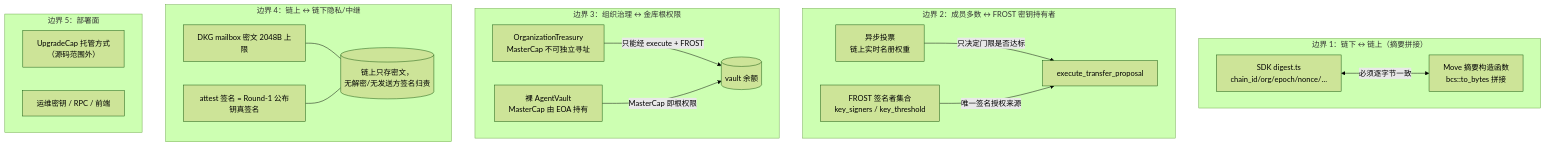
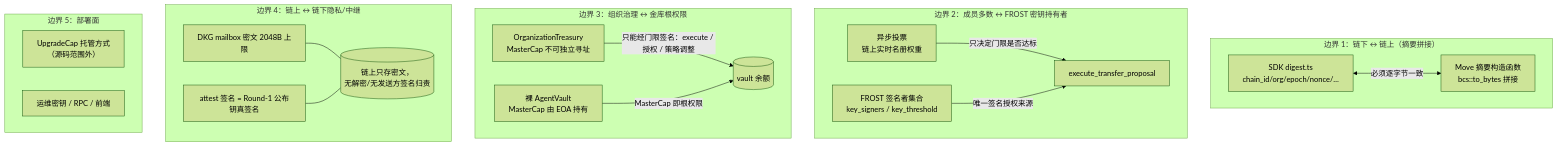
One commit to Euraxluo/multisig changed the second of 2 diagrams in docs/SECURITY_REVIEW.md. Above: the diagram before and after it, drawn with Mermaid (forest theme). The commit also changed other lines of this file and 5 other files, not shown here.

````diff
--- a/docs/SECURITY_REVIEW.md
+++ b/docs/SECURITY_REVIEW.md
@@ -104,35 +105,35 @@
 ```mermaid
 flowchart TB
     subgraph TB1["边界 1：链下 ↔ 链上（摘要拼接）"]
         SDK["SDK digest.ts<br/>chain_id/org/epoch/nonce/…"]
         MV["Move 摘要构造函数<br/>bcs::to_bytes 拼接"]
         SDK <-->|必须逐字节一致| MV
     end
 
     subgraph TB2["边界 2：成员多数 ↔ FROST 密钥持有者"]
         VOTE["异步投票<br/>链上实时名册权重"]
         KEY["FROST 签名者集合<br/>key_signers / key_threshold"]
         VOTE -->|只决定门限是否达标| EXEC
         KEY -->|唯一签名授权来源| EXEC[execute_transfer_proposal]
     end
 
     subgraph TB3["边界 3：组织治理 ↔ 金库根权限"]
         TRU["OrganizationTreasury<br/>MasterCap 不可独立寻址"]
         RAW["裸 AgentVault<br/>MasterCap 由 EOA 持有"]
-        TRU -->|只能经 execute + FROST| VAULT[(vault 余额)]
+        TRU -->|只能经门限签名：execute / 授权 / 策略调整| VAULT[(vault 余额)]
         RAW -->|MasterCap 即根权限| VAULT
     end
 
     subgraph TB4["边界 4：链上 ↔ 链下隐私/中继"]
         MAIL["DKG mailbox 密文 2048B 上限"]
         STAKE["attest 签名 = Round-1 公布钥真签名"]
         CHAIN[("链上只存密文，<br/>无解密/无发送方签名归责")]
         MAIL --- CHAIN
         STAKE --- CHAIN
     end
 
     subgraph TB5["边界 5：部署面"]
         CAP["UpgradeCap 托管方式<br/>（源码范围外）"]
         OPS["运维密钥 / RPC / 前端"]
     end
 ```
````
